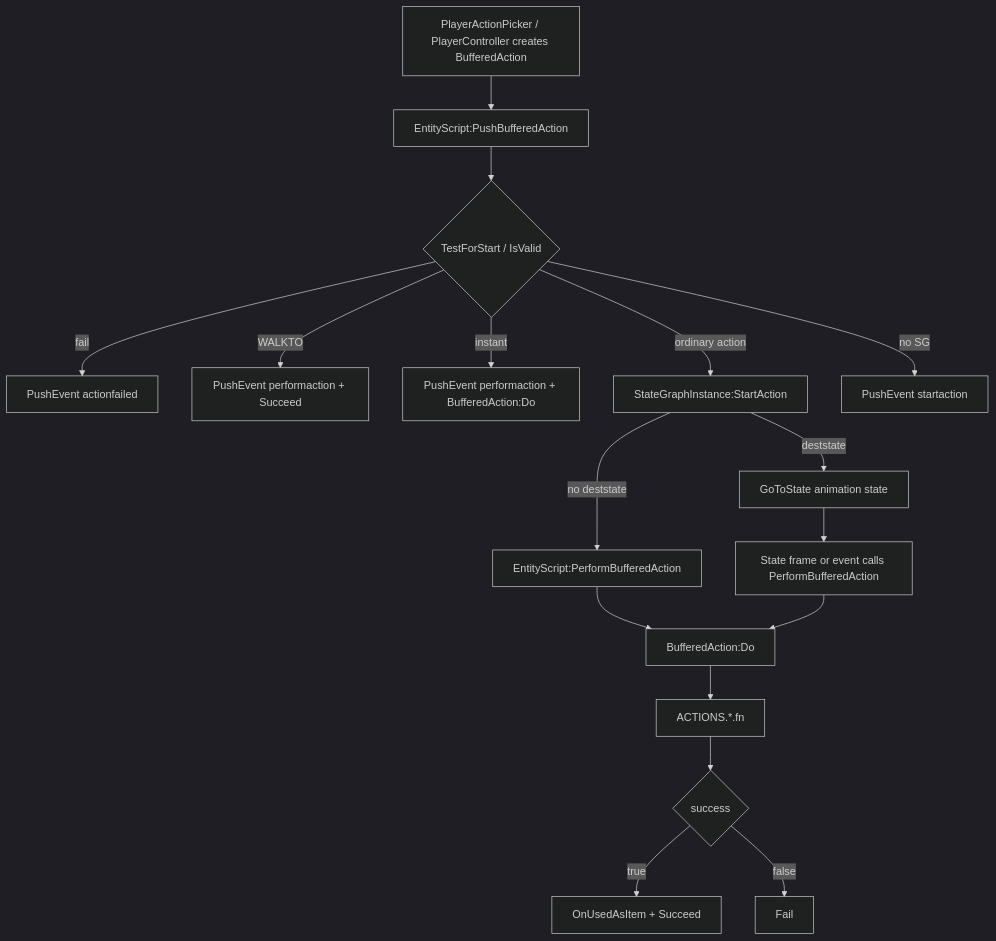
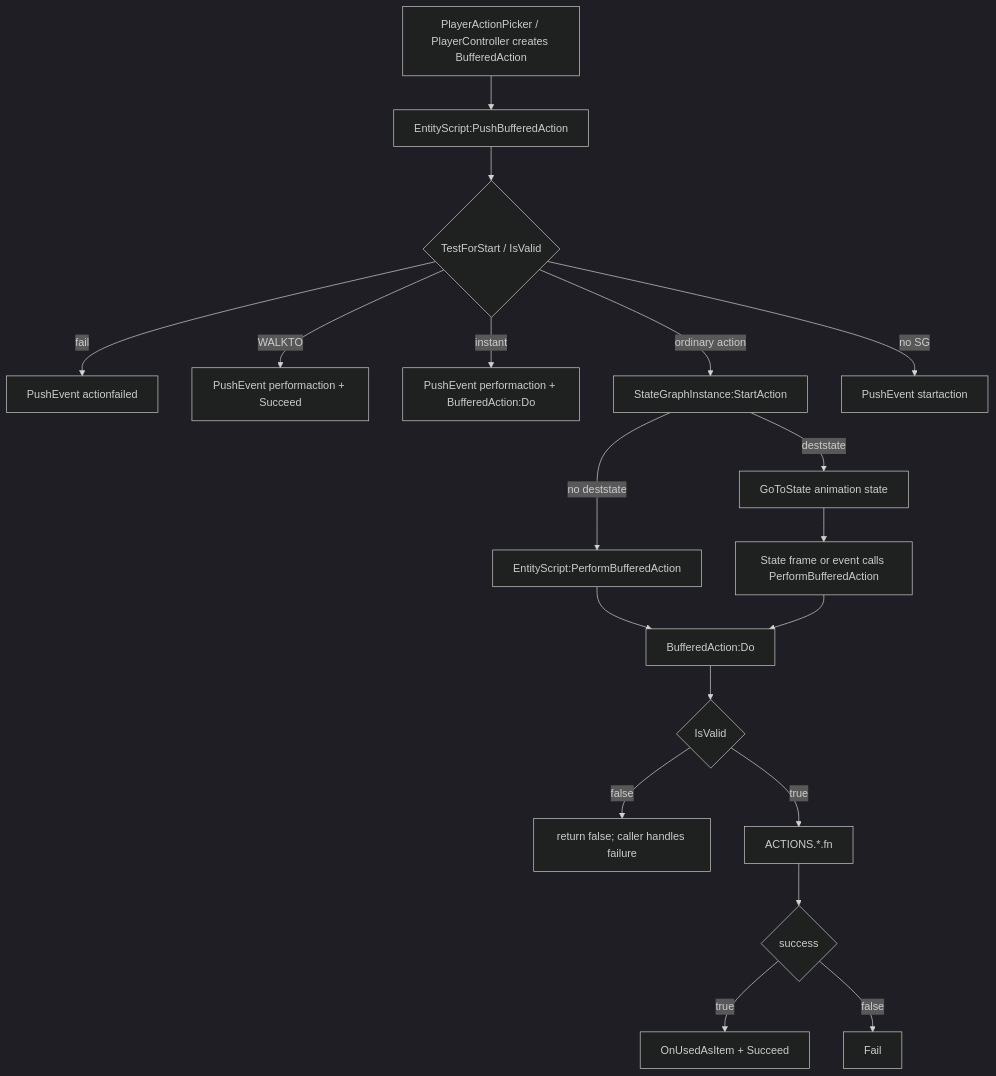
One commit to LetsStarveTogether/dst-server changed the diagram in dst-scripts/index/0x3000-entity-action/0x3200-action-pipeline/0x3202-buffered-actions.md. Above: the diagram before and after it, drawn with Mermaid (dark theme). The commit also changed other lines of this file and 13 other files, not shown here.

```diff
--- a/dst-scripts/index/0x3000-entity-action/0x3200-action-pipeline/0x3202-buffered-actions.md
+++ b/dst-scripts/index/0x3000-entity-action/0x3200-action-pipeline/0x3202-buffered-actions.md
@@ -44,20 +45,22 @@
 ~~~mermaid
 flowchart TD
     A["PlayerActionPicker / PlayerController creates BufferedAction"]
     A --> B["EntityScript:PushBufferedAction"]
     B --> C{"TestForStart / IsValid"}
     C -->|fail| D["PushEvent actionfailed"]
     C -->|WALKTO| E["PushEvent performaction + Succeed"]
     C -->|instant| F["PushEvent performaction + BufferedAction:Do"]
     C -->|ordinary action| G["StateGraphInstance:StartAction"]
     C -->|no SG| R["PushEvent startaction"]
     G -->|deststate| H["GoToState animation state"]
     G -->|no deststate| I["EntityScript:PerformBufferedAction"]
     H --> J["State frame or event calls PerformBufferedAction"]
     I --> K["BufferedAction:Do"]
     J --> K
-    K --> L["ACTIONS.*.fn"]
+    K --> T{"IsValid"}
+    T -->|false| U["return false; caller handles failure"]
+    T -->|true| L["ACTIONS.*.fn"]
     L --> M{"success"}
     M -->|true| N["OnUsedAsItem + Succeed"]
     M -->|false| O["Fail"]
 ~~~
```
